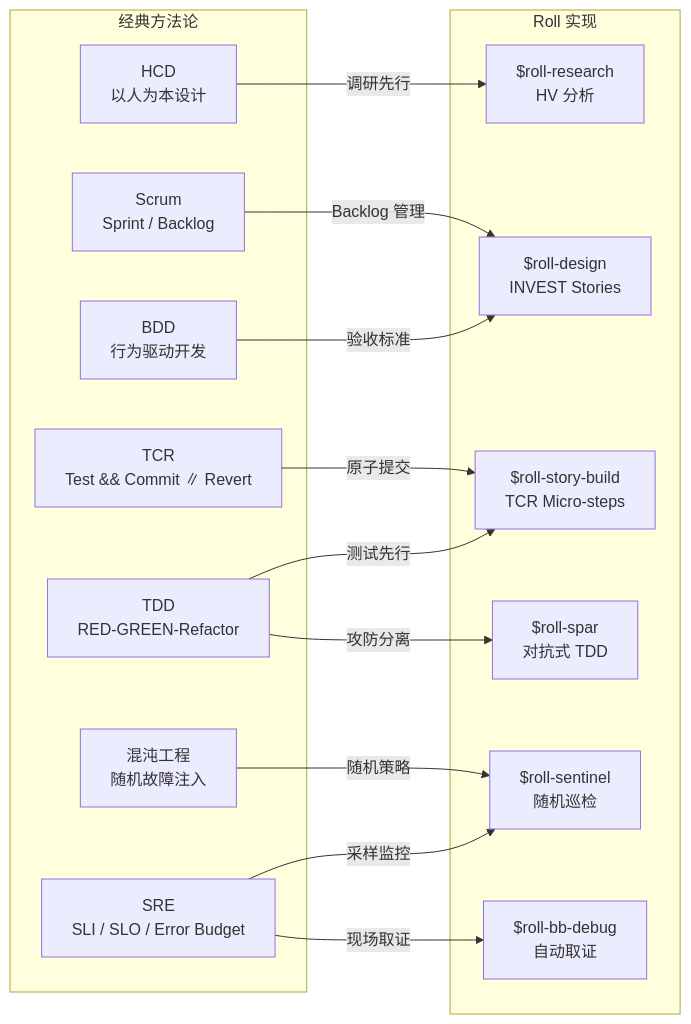
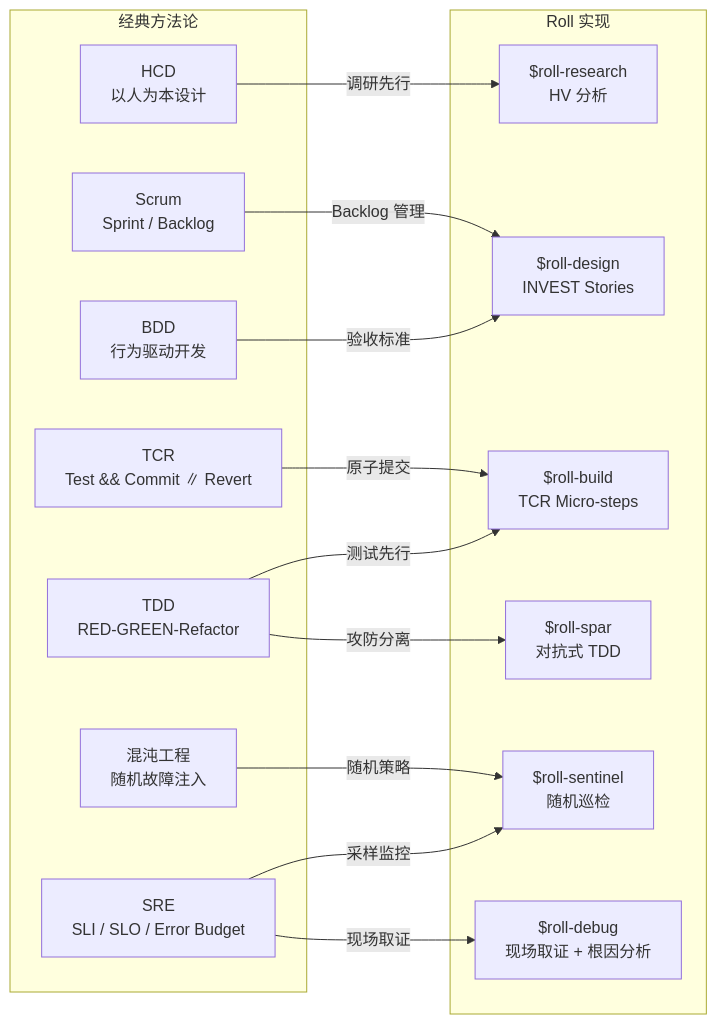
The second of 2 diagrams in docs/methodology.md (seanyao/roll), drawn with Mermaid before and after one commit. The commit also changed other lines of this file, not shown here.

````diff
--- a/docs/methodology.md
+++ b/docs/methodology.md
@@ -538,31 +534,31 @@
 ```mermaid
 graph LR
     subgraph "经典方法论"
         HCD["HCD<br/>以人为本设计"]
         BDD["BDD<br/>行为驱动开发"]
         S["Scrum<br/>Sprint / Backlog"]
         T["TDD<br/>RED-GREEN-Refactor"]
         TCR["TCR<br/>Test && Commit ∥ Revert"]
         SRE["SRE<br/>SLI / SLO / Error Budget"]
         CE["混沌工程<br/>随机故障注入"]
     end
 
     subgraph "Roll 实现"
         R["$roll-research<br/>HV 分析"]
         D["$roll-design<br/>INVEST Stories"]
-        SB["$roll-story-build<br/>TCR Micro-steps"]
+        SB["$roll-build<br/>TCR Micro-steps"]
         SP["$roll-spar<br/>对抗式 TDD"]
         SE["$roll-sentinel<br/>随机巡检"]
-        BB["$roll-bb-debug<br/>自动取证"]
+        BB["$roll-debug<br/>现场取证 + 根因分析"]
     end
 
     HCD -->|"调研先行"| R
     BDD -->|"验收标准"| D
     S -->|"Backlog 管理"| D
     T -->|"测试先行"| SB
     TCR -->|"原子提交"| SB
     T -->|"攻防分离"| SP
     SRE -->|"采样监控"| SE
     CE -->|"随机策略"| SE
     SRE -->|"现场取证"| BB
 ```
````
